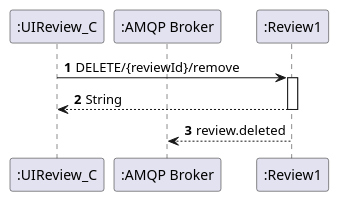
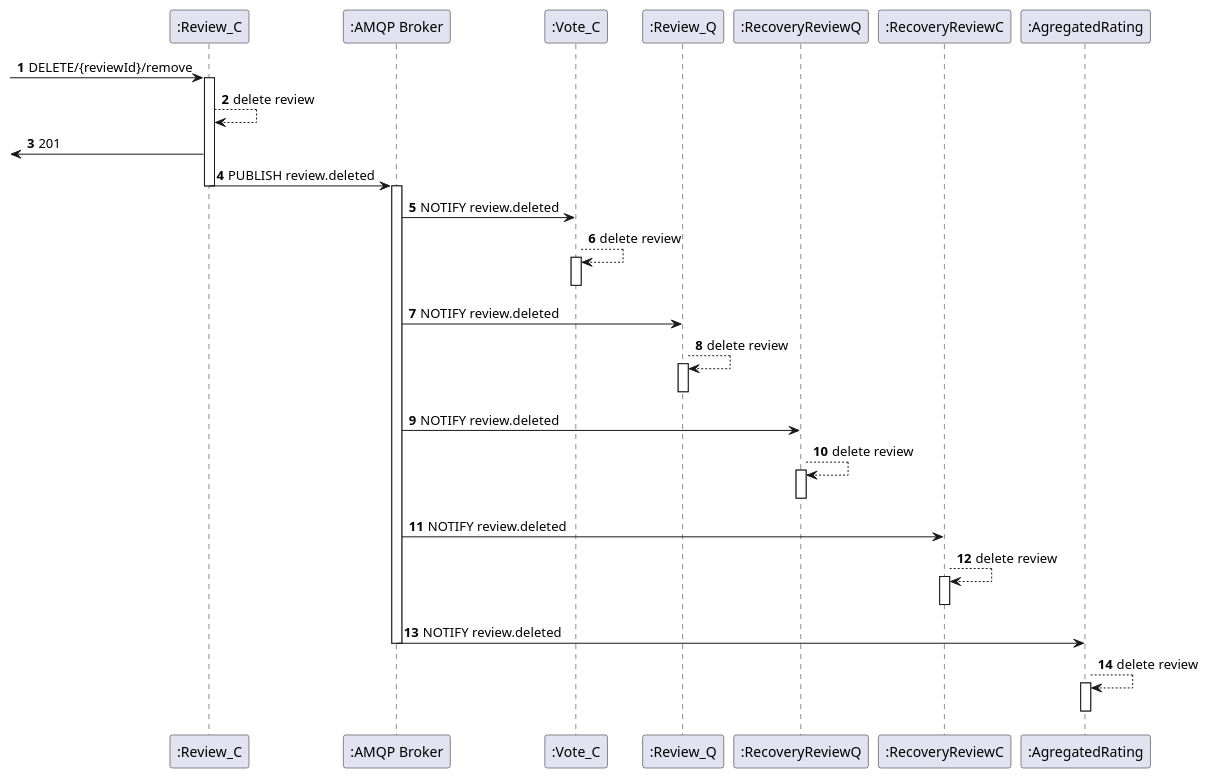
One commit to 1201441BrunoPereira/Trabalho2Reviews changed the diagram in Review1_C/Documentação/Nivel 2/Delete.puml. Above: the diagram before and after it, drawn with PlantUML. The commit also changed 29 other files, not shown here.

Commit message:
Diagramas Trabalho 3

```diff
--- a/Review1_C/Documentação/Nivel 2/Delete.puml
+++ b/Review1_C/Documentação/Nivel 2/Delete.puml
@@ -1,15 +1,45 @@
 @startuml
 'https://plantuml.com/sequence-diagram
 
-autoactivate on
+
 autonumber
 
-participant ":UIReview_C" as rev1
+participant ":Review_C" as rev1
 participant ":AMQP Broker" as bro
-participant ":Review1" as rev
+participant ":Vote_C" as votC
+participant ":Review_Q" as rev
+participant ":RecoveryReviewQ" as rrq
+participant ":RecoveryReviewC" as rrc
+participant ":AgregatedRating" as aggr
 
 
-rev1 -> rev: DELETE/{reviewId}/remove
-rev --> rev1: String
-rev --> bro: review.deleted
+-> rev1: DELETE/{reviewId}/remove
+activate rev1
+rev1 --> rev1 : delete review
+[<- rev1: 201
+rev1 -> bro: PUBLISH review.deleted
+deactivate rev1
+activate bro
+bro -> votC: NOTIFY review.deleted
+votC --> votC: delete review
+activate votC
+deactivate votC
+bro -> rev: NOTIFY review.deleted
+rev --> rev: delete review
+activate rev
+deactivate rev
+bro -> rrq: NOTIFY review.deleted
+rrq --> rrq: delete review
+activate rrq
+deactivate rrq
+bro -> rrc: NOTIFY review.deleted
+rrc --> rrc: delete review
+activate rrc
+deactivate rrc
+bro -> aggr: NOTIFY review.deleted
+deactivate bro
+aggr --> aggr: delete review
+activate aggr
+deactivate aggr
+
 @enduml
```
